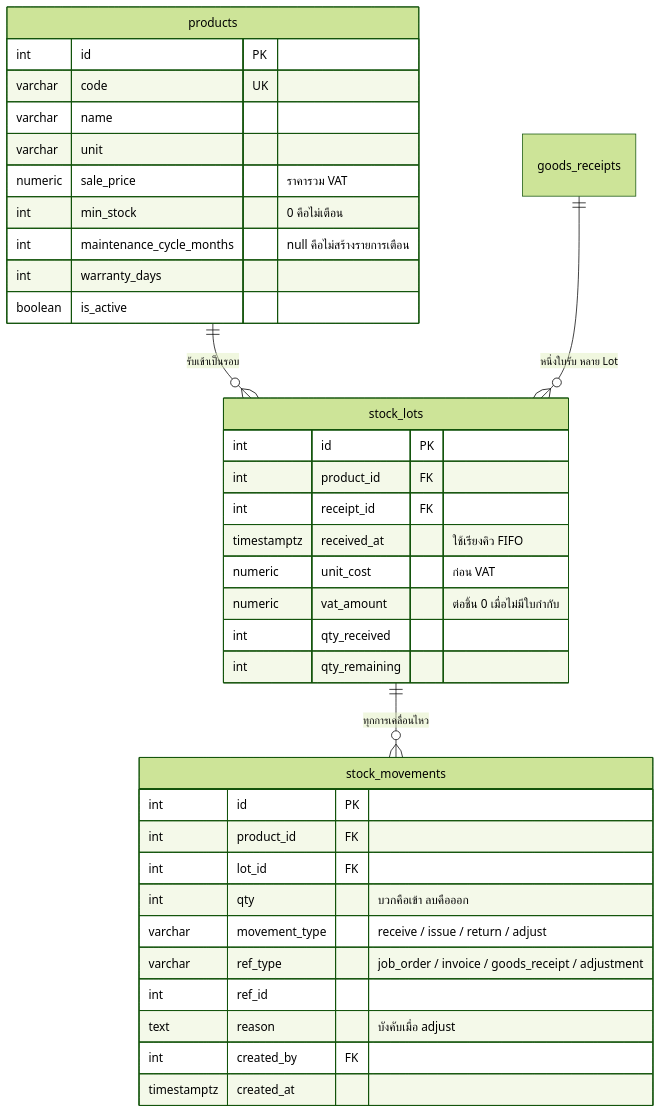
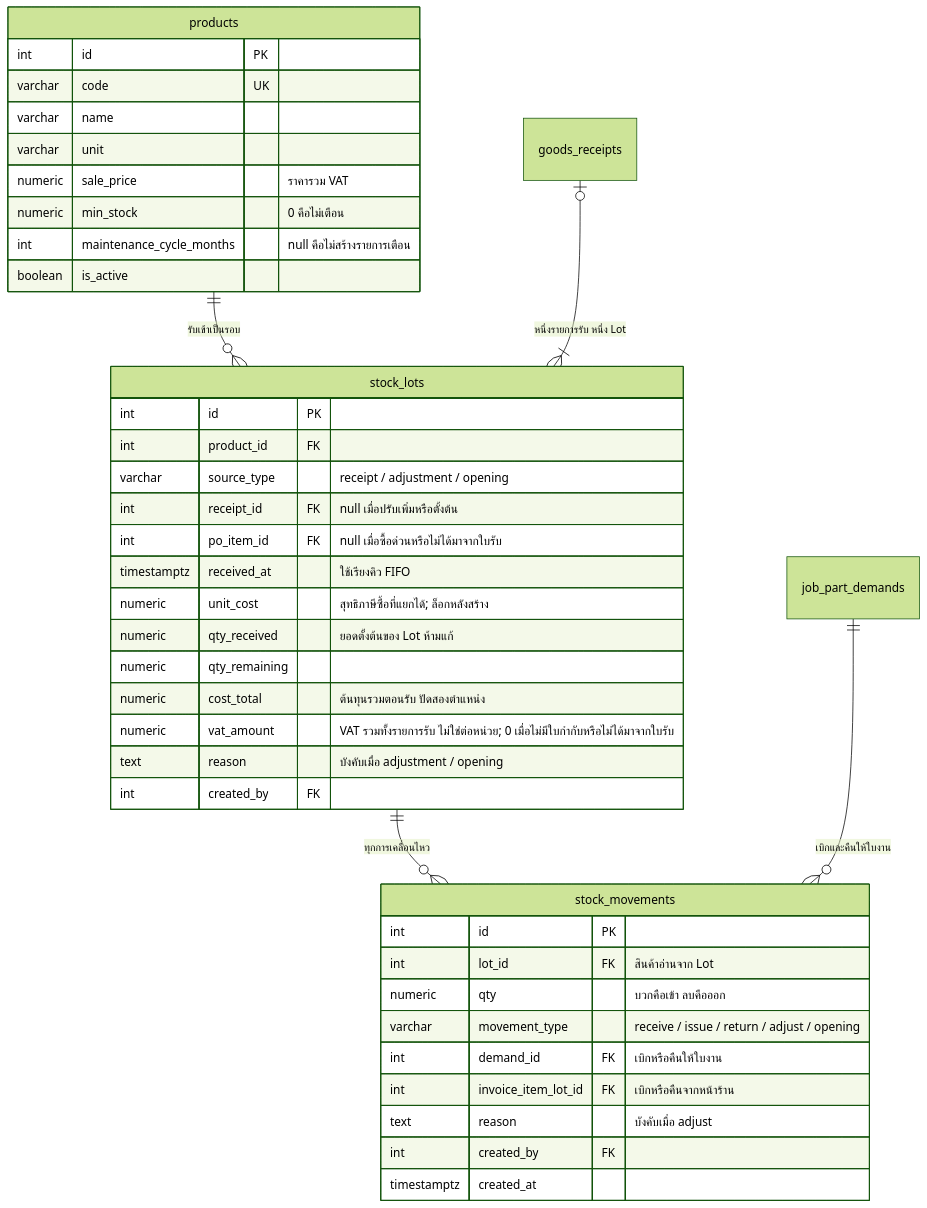
One commit to kaewjamsai0193/Garage_Final_Project changed the fourth of 9 diagrams in data_model.md. Above: the diagram before and after it, drawn with Mermaid (forest theme). The commit also changed other lines of this file and 3 other files, not shown here.

````diff
--- a/data_model.md
+++ b/data_model.md
@@ -94,42 +105,46 @@
 ```mermaid
 erDiagram
     products ||--o{ stock_lots : "รับเข้าเป็นรอบ"
     stock_lots ||--o{ stock_movements : "ทุกการเคลื่อนไหว"
-    goods_receipts ||--o{ stock_lots : "หนึ่งใบรับ หลาย Lot"
+    goods_receipts |o--|{ stock_lots : "หนึ่งรายการรับ หนึ่ง Lot"
+    job_part_demands ||--o{ stock_movements : "เบิกและคืนให้ใบงาน"
 
     products {
         int id PK
         varchar code UK
         varchar name
         varchar unit
         numeric sale_price "ราคารวม VAT"
-        int min_stock "0 คือไม่เตือน"
+        numeric min_stock "0 คือไม่เตือน"
         int maintenance_cycle_months "null คือไม่สร้างรายการเตือน"
-        int warranty_days
         boolean is_active
     }
 
     stock_lots {
         int id PK
         int product_id FK
-        int receipt_id FK
+        varchar source_type "receipt / adjustment / opening"
+        int receipt_id FK "null เมื่อปรับเพิ่มหรือตั้งต้น"
+        int po_item_id FK "null เมื่อซื้อด่วนหรือไม่ได้มาจากใบรับ"
         timestamptz received_at "ใช้เรียงคิว FIFO"
-        numeric unit_cost "ก่อน VAT"
-        numeric vat_amount "ต่อชิ้น 0 เมื่อไม่มีใบกำกับ"
-        int qty_received
-        int qty_remaining
+        numeric unit_cost "สุทธิภาษีซื้อที่แยกได้; ล็อกหลังสร้าง"
+        numeric qty_received "ยอดตั้งต้นของ Lot ห้ามแก้"
+        numeric qty_remaining
+        numeric cost_total "ต้นทุนรวมตอนรับ ปัดสองตำแหน่ง"
+        numeric vat_amount "VAT รวมทั้งรายการรับ ไม่ใช่ต่อหน่วย; 0 เมื่อไม่มีใบกำกับหรือไม่ได้มาจากใบรับ"
+        text reason "บังคับเมื่อ adjustment / opening"
+        int created_by FK
     }
 
     stock_movements {
         int id PK
-        int product_id FK
-        int lot_id FK
-        int qty "บวกคือเข้า ลบคือออก"
-        varchar movement_type "receive / issue / return / adjust"
-        varchar ref_type "job_order / invoice / goods_receipt / adjustment"
-        int ref_id
+        int lot_id FK "สินค้าอ่านจาก Lot"
+        numeric qty "บวกคือเข้า ลบคือออก"
+        varchar movement_type "receive / issue / return / adjust / opening"
+        int demand_id FK "เบิกหรือคืนให้ใบงาน"
+        int invoice_item_lot_id FK "เบิกหรือคืนจากหน้าร้าน"
         text reason "บังคับเมื่อ adjust"
         int created_by FK
         timestamptz created_at
     }
 ```
````
